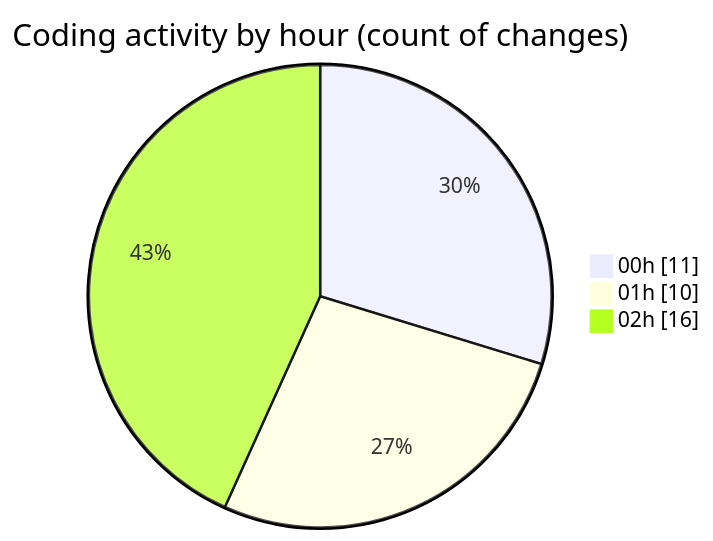
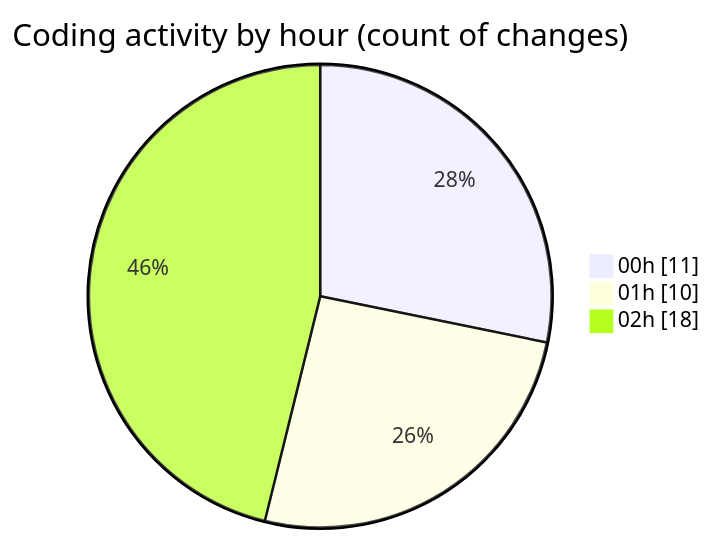
One commit to julien-gomy/code-tracking changed the second of 2 diagrams in 2025-11-02/cdp_aleoudev_fr__workspace_/README.md. Above: the diagram before and after it, drawn with Mermaid. The commit also changed other lines of this file and 1 other file, not shown here.

````diff
--- a/2025-11-02/cdp_aleoudev_fr__workspace_/README.md
+++ b/2025-11-02/cdp_aleoudev_fr__workspace_/README.md
@@ -32,7 +32,7 @@
 ```mermaid
 pie showData
 title Coding activity by hour (count of changes)
 "00h" : 11
 "01h" : 10
-"02h" : 16
+"02h" : 18
 ```
````
